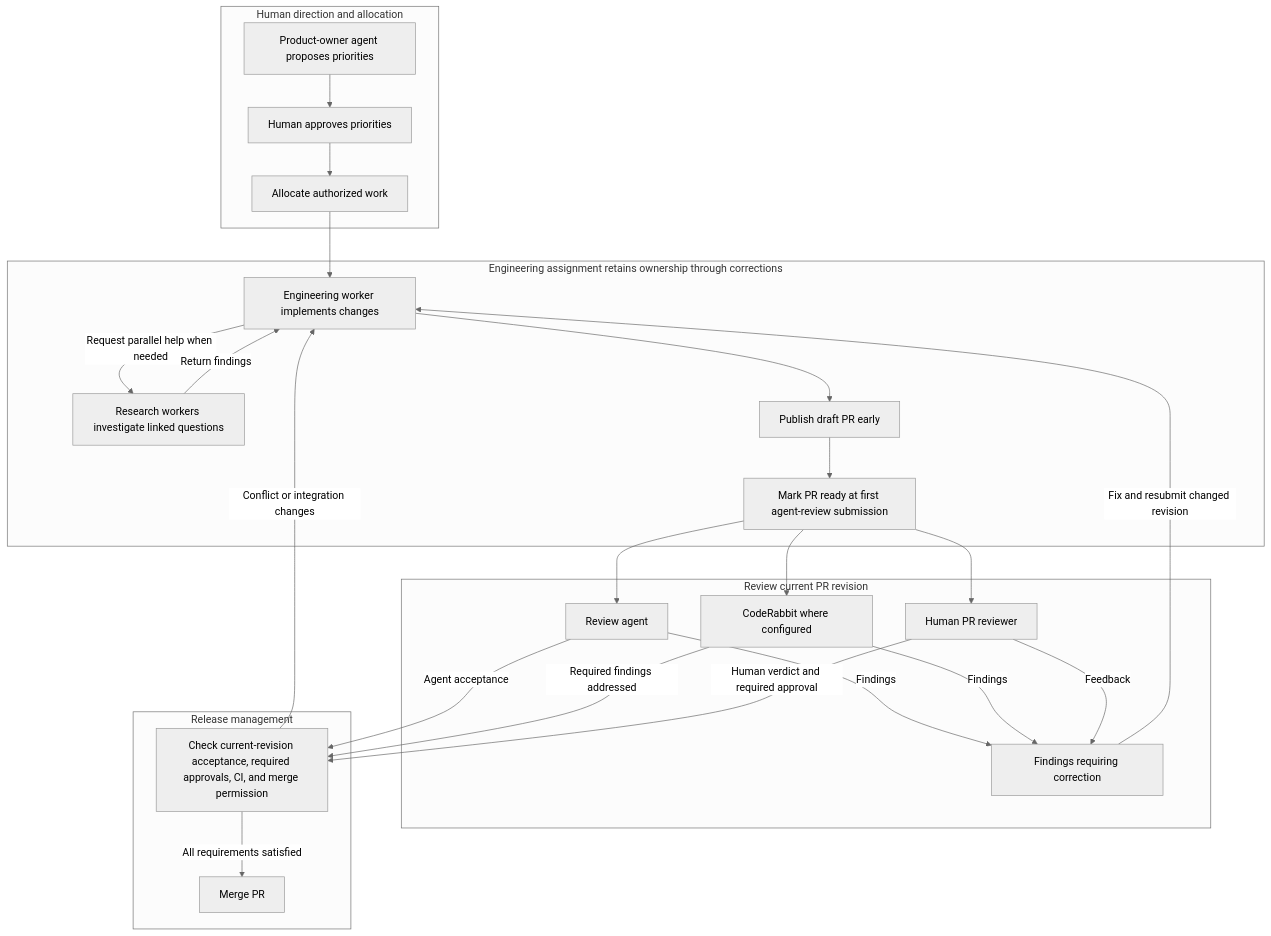
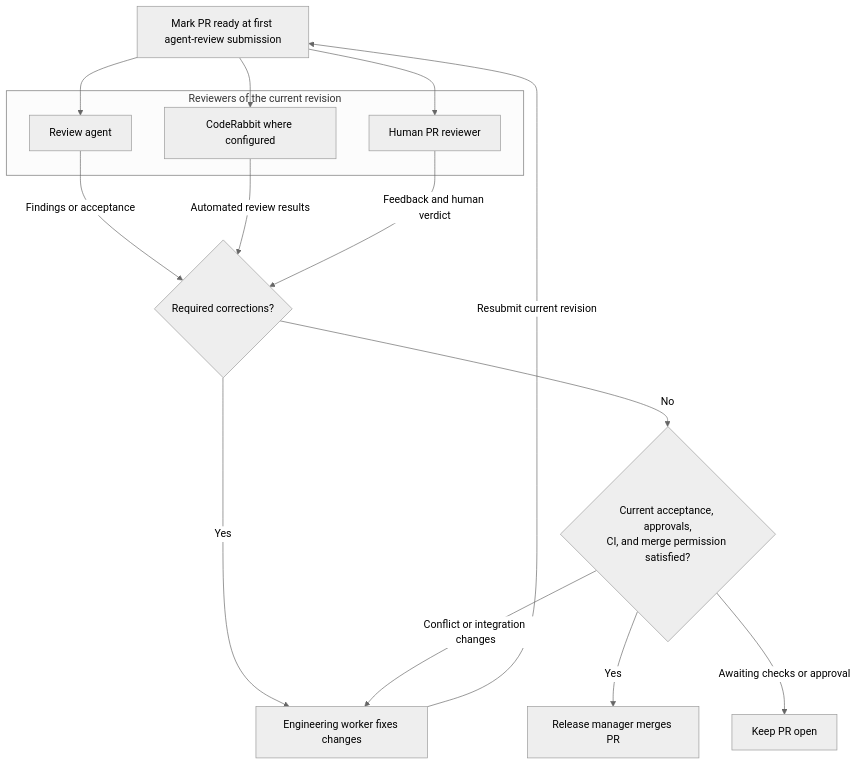
The fifth of 7 diagrams in SPEC.md (dataclique/metagenda), drawn with Mermaid (neutral theme) before and after one commit. The commit also changed other lines of this file, not shown here.

Commit message:
separate implementation from the pull request review loop

````diff
--- a/SPEC.md
+++ b/SPEC.md
@@ -185,41 +204,21 @@
 ```mermaid
 flowchart TD
-    subgraph Planning[Human direction and allocation]
-        Product[Product-owner agent proposes priorities]
-        Owner[Human approves priorities]
-        Assign[Allocate authorized work]
-        Product --> Owner --> Assign
-    end
-    subgraph Engineering[Engineering assignment retains ownership through corrections]
-        Engineer[Engineering worker implements changes]
-        Research[Research workers investigate linked questions]
-        Draft[Publish draft PR early]
-        Ready[Mark PR ready at first agent-review submission]
-        Engineer -->|Request parallel help when needed| Research
-        Research -->|Return findings| Engineer
-        Engineer --> Draft --> Ready
-    end
-    subgraph Review[Review current PR revision]
+    Ready[Mark PR ready at first agent-review submission]
+    subgraph Reviewers[Reviewers of the current revision]
         AgentReview[Review agent]
         BotReview[CodeRabbit where configured]
         HumanReview[Human PR reviewer]
-        Corrections[Findings requiring correction]
-        AgentReview -->|Findings| Corrections
-        BotReview -->|Findings| Corrections
-        HumanReview -->|Feedback| Corrections
     end
-    subgraph Release[Release management]
-        Gate[Check current-revision acceptance, required approvals, CI, and merge permission]
-        Merge[Merge PR]
-        Gate -->|All requirements satisfied| Merge
-    end
-    Assign --> Engineer
     Ready --> AgentReview
     Ready --> BotReview
     Ready --> HumanReview
-    Corrections -->|Fix and resubmit changed revision| Engineer
-    AgentReview -->|Agent acceptance| Gate
-    BotReview -->|Required findings addressed| Gate
-    HumanReview -->|Human verdict and required approval| Gate
-    Gate -->|Conflict or integration changes| Engineer
+    AgentReview -->|Findings or acceptance| Assessment{Required corrections?}
+    BotReview -->|Automated review results| Assessment
+    HumanReview -->|Feedback and human verdict| Assessment
+    Assessment -->|Yes| Fix[Engineering worker fixes changes]
+    Fix -->|Resubmit current revision| Ready
+    Assessment -->|No| Gate{Current acceptance, approvals,<br/>CI, and merge permission satisfied?}
+    Gate -->|Yes| Merge[Release manager merges PR]
+    Gate -->|Awaiting checks or approval| Wait[Keep PR open]
+    Gate -->|Conflict or integration changes| Fix
 ```
````
